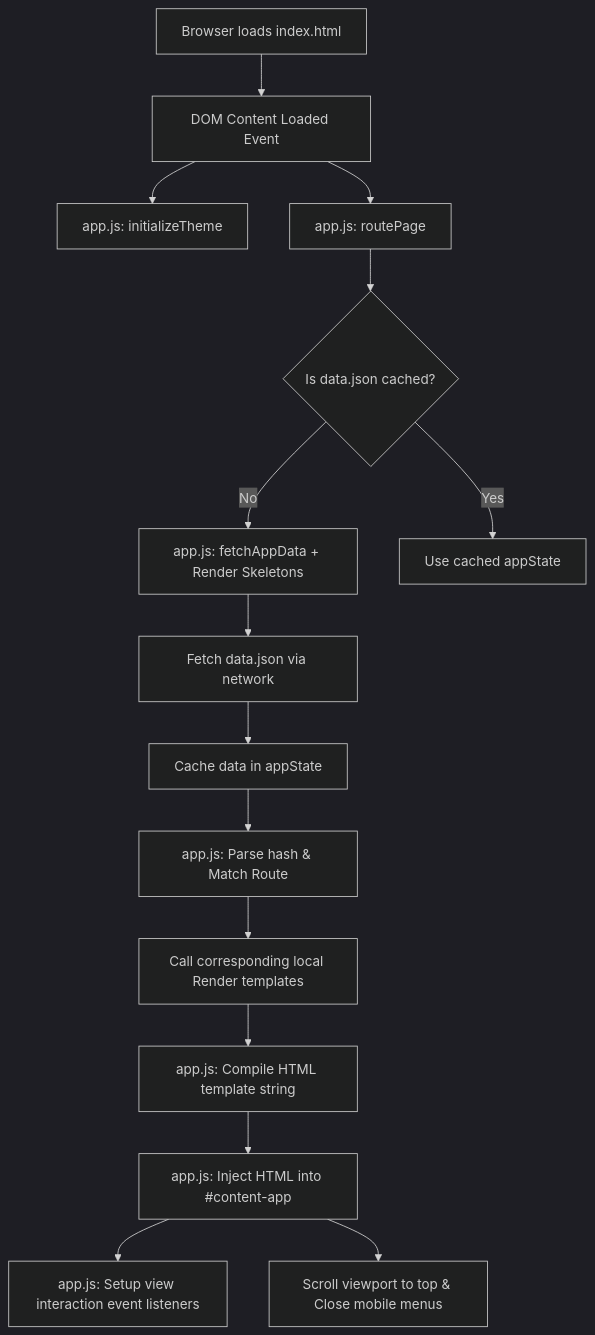
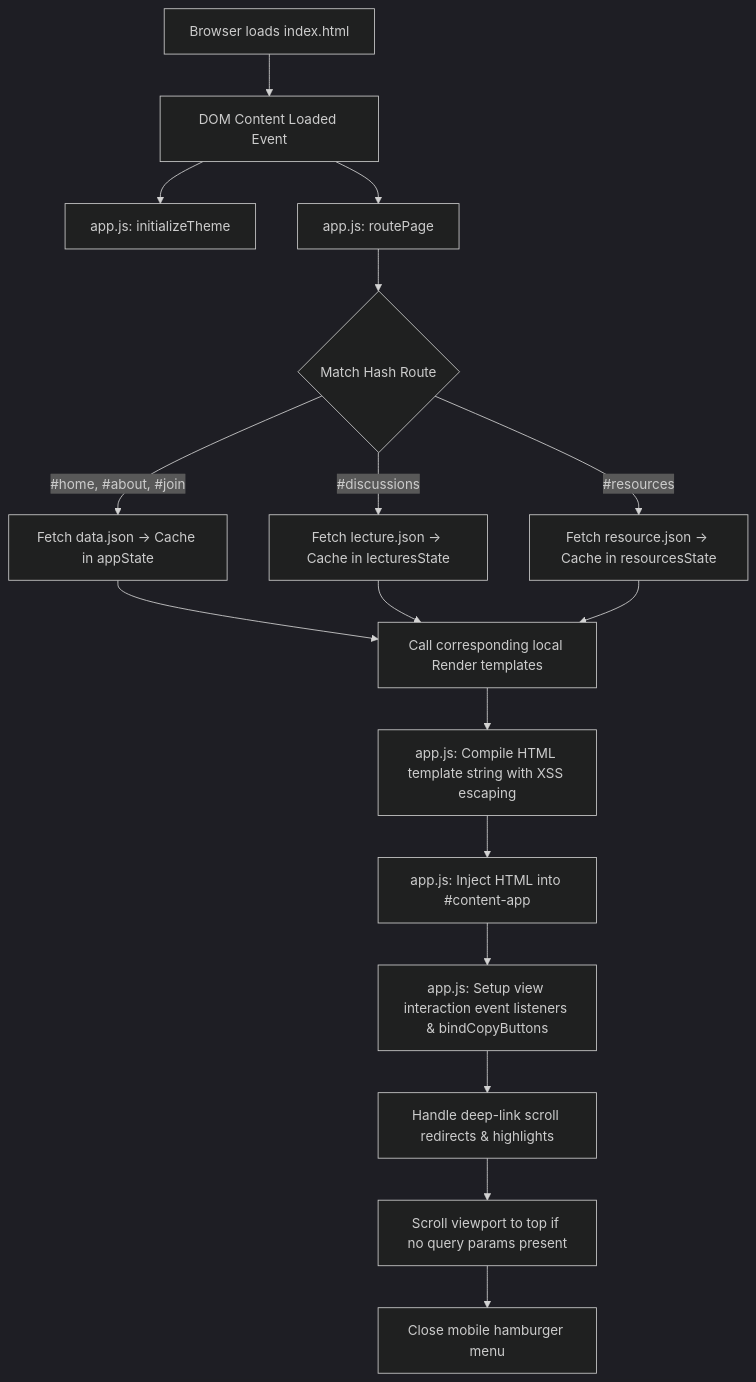
One commit to oU1TS/course changed the diagram in documentation.md. Above: the diagram before and after it, drawn with Mermaid (dark theme). The commit also changed other lines of this file and 10 other files, not shown here.

````diff
--- a/documentation.md
+++ b/documentation.md
@@ -66,17 +67,19 @@
 ```mermaid
 graph TD
     A[Browser loads index.html] --> B[DOM Content Loaded Event]
     B --> C[app.js: initializeTheme]
     B --> D[app.js: routePage]
-    D --> E{Is data.json cached?}
-    E -- No --> F[app.js: fetchAppData + Render Skeletons]
-    F --> G[Fetch data.json via network]
-    G --> H[Cache data in appState]
-    E -- Yes --> I[Use cached appState]
-    H --> J[app.js: Parse hash & Match Route]
-    J --> K[Call corresponding local Render templates]
-    K --> L[app.js: Compile HTML template string]
-    L --> M[app.js: Inject HTML into #content-app]
-    M --> N[app.js: Setup view interaction event listeners]
-    M --> O[Scroll viewport to top & Close mobile menus]
+    D --> E{Match Hash Route}
+    E -->|#home, #about, #join| F[Fetch data.json -> Cache in appState]
+    E -->|#discussions| G[Fetch lecture.json -> Cache in lecturesState]
+    E -->|#resources| H[Fetch resource.json -> Cache in resourcesState]
+    F --> I[Call corresponding local Render templates]
+    G --> I
+    H --> I
+    I --> J[app.js: Compile HTML template string with XSS escaping]
+    J --> K[app.js: Inject HTML into #content-app]
+    K --> L[app.js: Setup view interaction event listeners & bindCopyButtons]
+    L --> M[Handle deep-link scroll redirects & highlights]
+    M --> N[Scroll viewport to top if no query params present]
+    N --> O[Close mobile hamburger menu]
 ```
````
